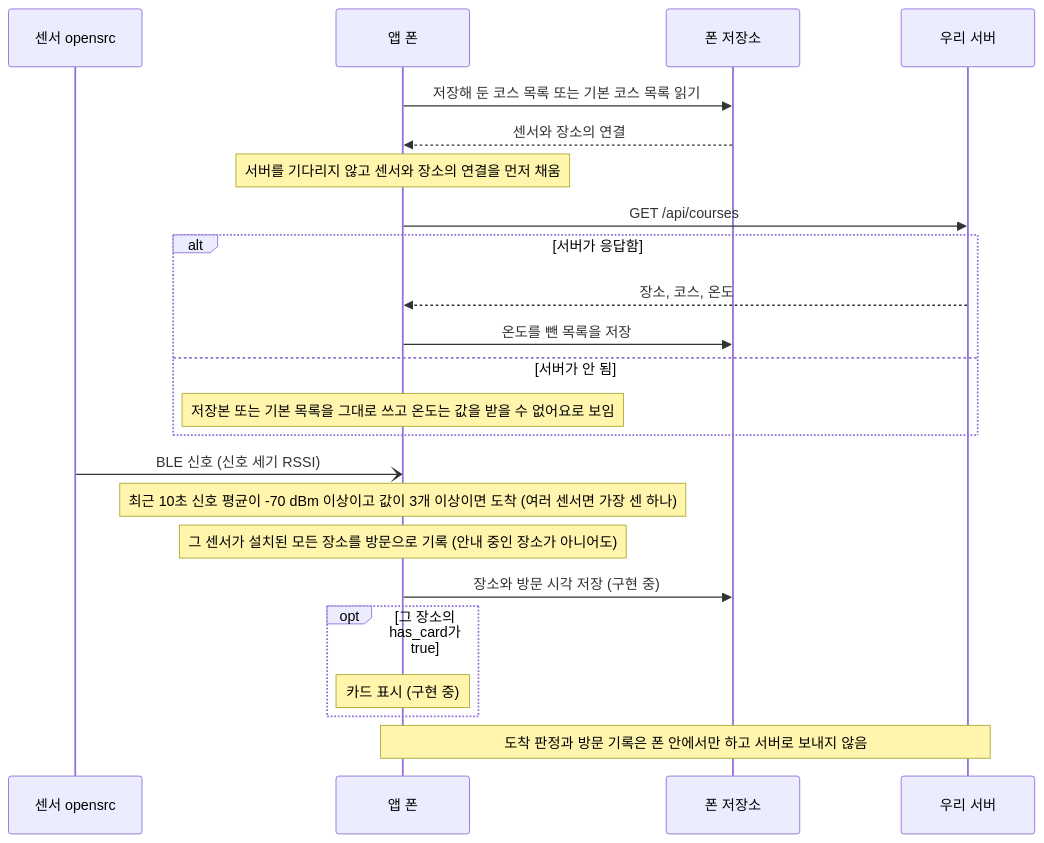
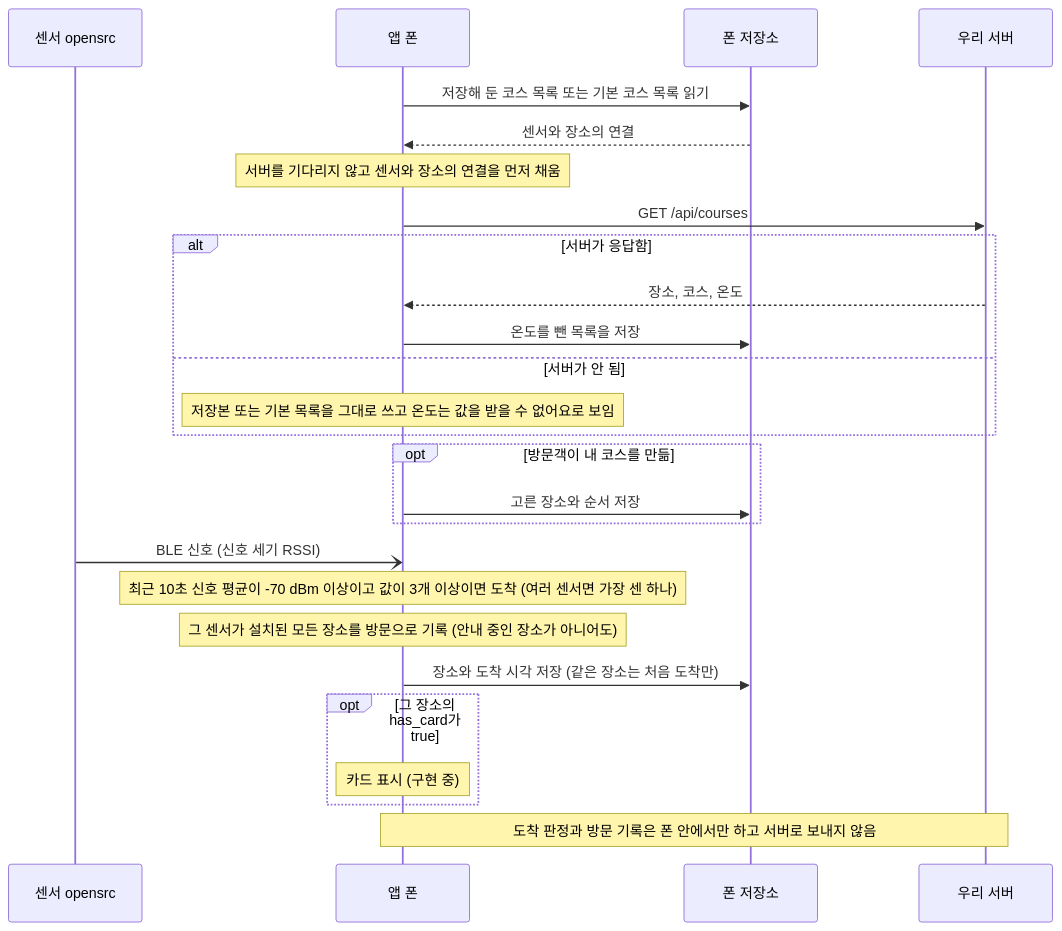
One commit to C-sewon/CampusTourGuide changed the fourth of 8 diagrams in docs/backend-design.md. Above: the diagram before and after it, drawn with Mermaid. The commit also changed other lines of this file, not shown here.

````diff
--- a/docs/backend-design.md
+++ b/docs/backend-design.md
@@ -103,26 +103,29 @@
 ```mermaid
 sequenceDiagram
     participant SN as 센서 opensrc
     participant APP as 앱 폰
     participant PH as 폰 저장소
     participant SRV as 우리 서버
 
     APP->>PH: 저장해 둔 코스 목록 또는 기본 코스 목록 읽기
     PH-->>APP: 센서와 장소의 연결
     Note over APP: 서버를 기다리지 않고 센서와 장소의 연결을 먼저 채움
     APP->>SRV: GET /api/courses
     alt 서버가 응답함
         SRV-->>APP: 장소, 코스, 온도
         APP->>PH: 온도를 뺀 목록을 저장
     else 서버가 안 됨
         Note over APP: 저장본 또는 기본 목록을 그대로 쓰고 온도는 값을 받을 수 없어요로 보임
     end
+    opt 방문객이 내 코스를 만듦
+        APP->>PH: 고른 장소와 순서 저장
+    end
     SN-)APP: BLE 신호 (신호 세기 RSSI)
     Note over APP: 최근 10초 신호 평균이 -70 dBm 이상이고 값이 3개 이상이면 도착 (여러 센서면 가장 센 하나)
     Note over APP: 그 센서가 설치된 모든 장소를 방문으로 기록 (안내 중인 장소가 아니어도)
-    APP->>PH: 장소와 방문 시각 저장 (구현 중)
+    APP->>PH: 장소와 도착 시각 저장 (같은 장소는 처음 도착만)
     opt 그 장소의 has_card가 true
         Note over APP: 카드 표시 (구현 중)
     end
     Note over APP,SRV: 도착 판정과 방문 기록은 폰 안에서만 하고 서버로 보내지 않음
 ```
````
